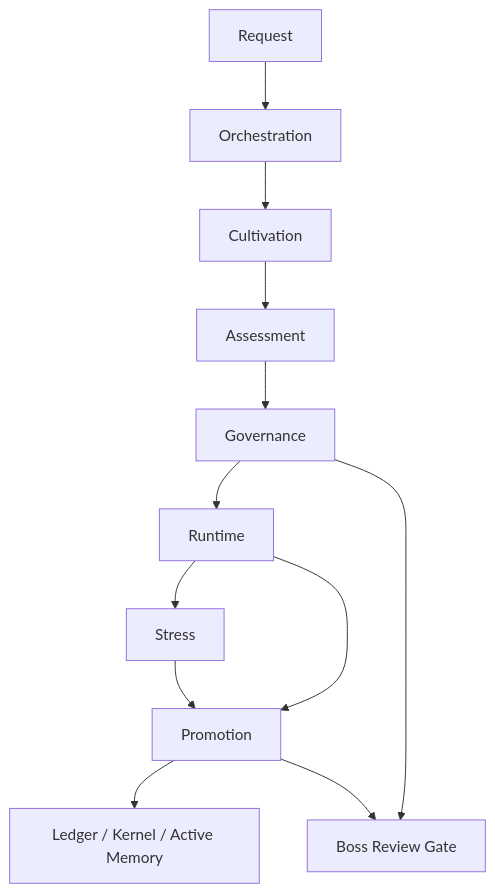
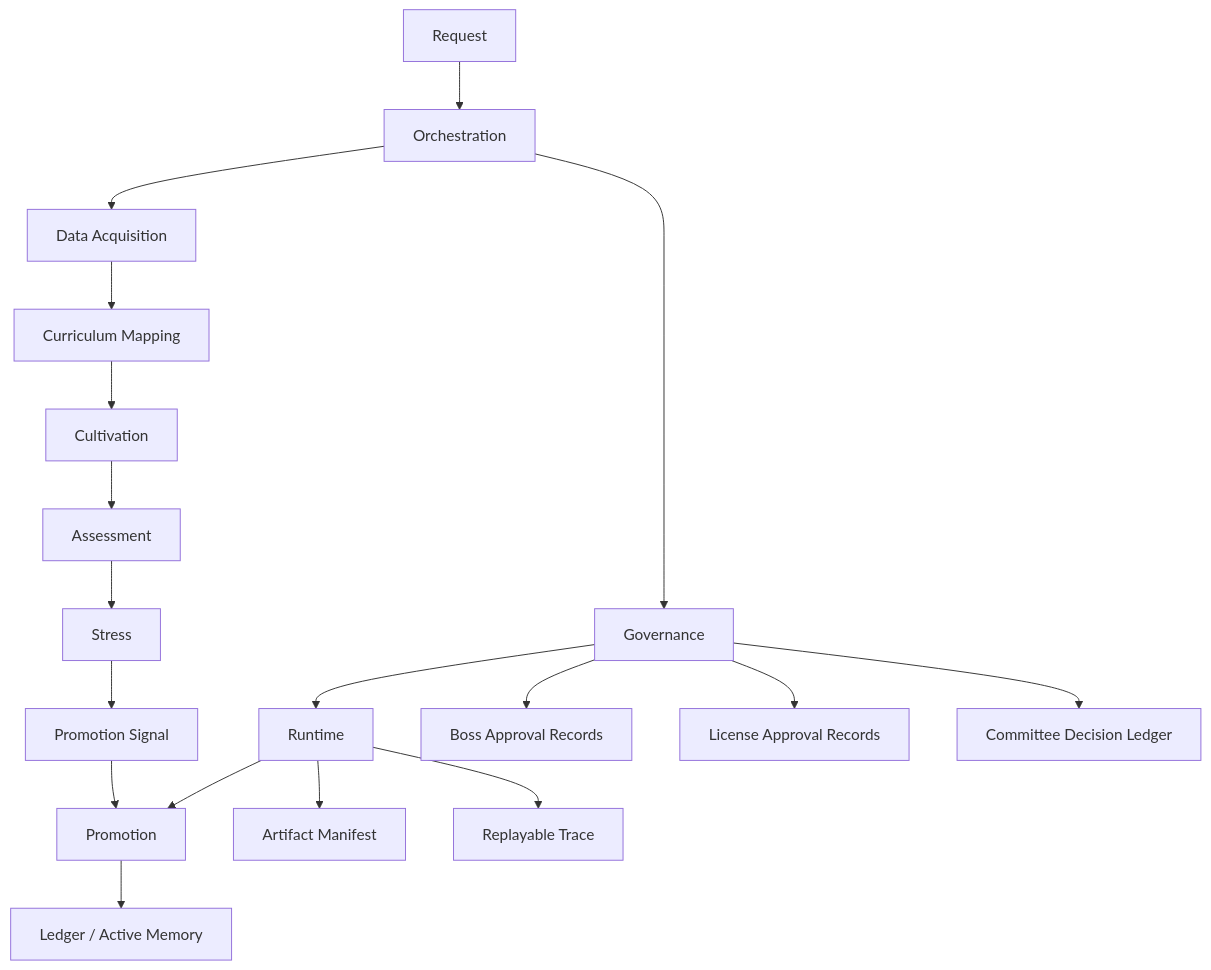
Before and after one commit to sinmb79/22b-paideia-engines: the diagram in docs/architecture.md, drawn with Mermaid. The commit also changed other lines of this file and 13 other files, not shown here.

````diff
--- a/docs/architecture.md
+++ b/docs/architecture.md
@@ -7,14 +7,20 @@
 ```mermaid
 flowchart TD
   A["Request"] --> O["Orchestration"]
-  O --> C["Cultivation"]
+  O --> DA["Data Acquisition"]
+  DA --> CM["Curriculum Mapping"]
+  CM --> C["Cultivation"]
   C --> AS["Assessment"]
-  AS --> G["Governance"]
+  AS --> S["Stress"]
+  S --> PS["Promotion Signal"]
+  PS --> P["Promotion"]
+  O --> G["Governance"]
   G --> R["Runtime"]
-  R --> S["Stress"]
-  S --> P["Promotion"]
+  R --> AM["Artifact Manifest"]
+  R --> RT["Replayable Trace"]
   R --> P
-  P --> M["Ledger / Kernel / Active Memory"]
-  G --> B["Boss Review Gate"]
-  P --> B
+  P --> M["Ledger / Active Memory"]
+  G --> B["Boss Approval Records"]
+  G --> L["License Approval Records"]
+  G --> CD["Committee Decision Ledger"]
 ```
````
